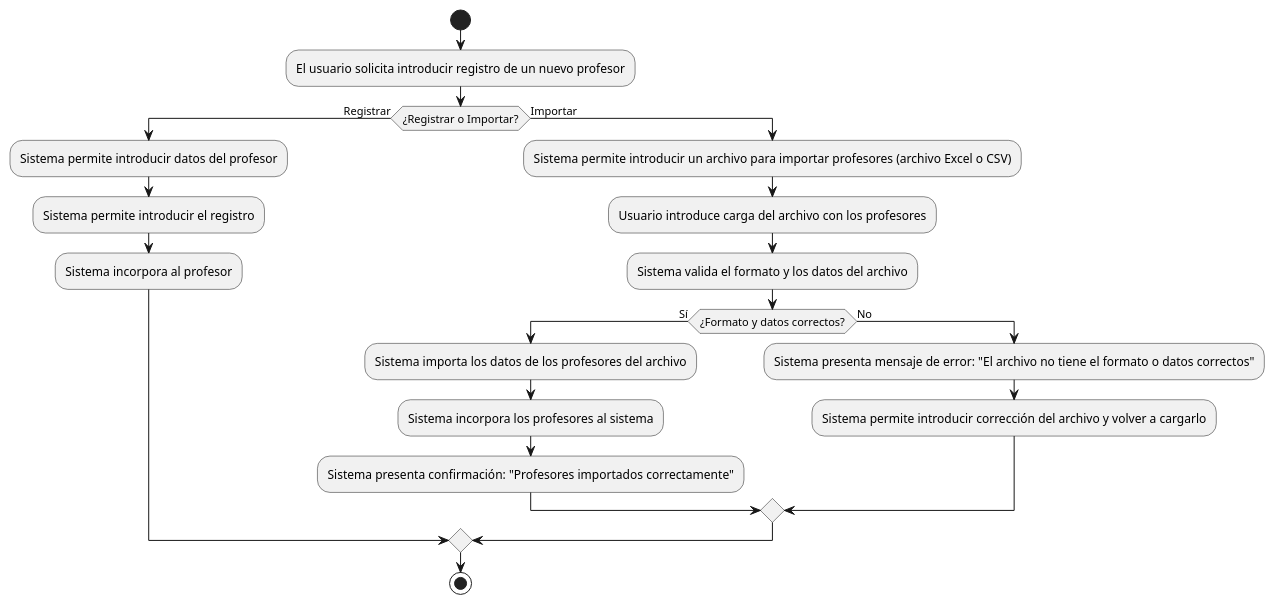
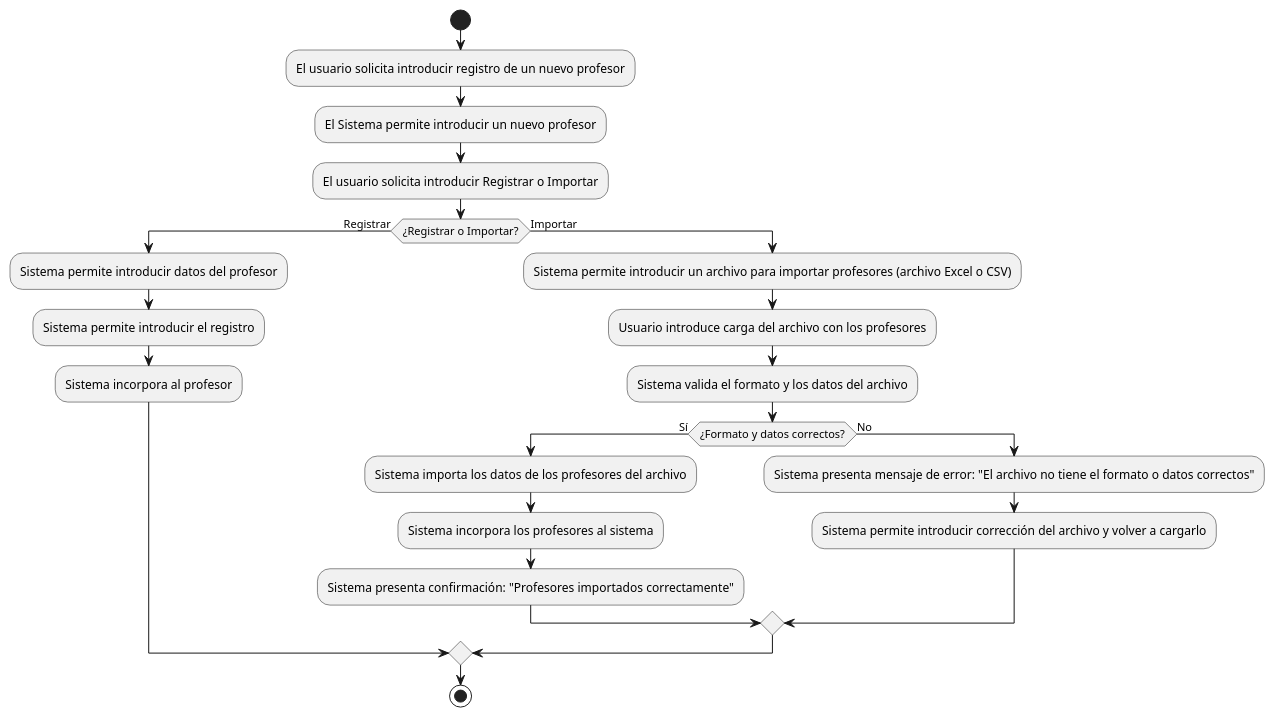
Before and after one commit to mmasias/24-25-IdSw1-SDR: the diagram in casosDeUso/plantUML/RegistrarProfesor.puml, drawn with PlantUML. The commit also changed 27 other files, not shown here.

Commit message:
Cambios a casos de uso y diagramas, cambios a Prototipos

```diff
--- a/casosDeUso/plantUML/RegistrarProfesor.puml
+++ b/casosDeUso/plantUML/RegistrarProfesor.puml
@@ -1,22 +1,24 @@
 @startuml
 start
 :El usuario solicita introducir registro de un nuevo profesor;
+:El Sistema permite introducir un nuevo profesor;
+:El usuario solicita introducir Registrar o Importar;
 if (¿Registrar o Importar?) then (Registrar)
   :Sistema permite introducir datos del profesor;
   :Sistema permite introducir el registro;
   :Sistema incorpora al profesor;
 else (Importar)
   :Sistema permite introducir un archivo para importar profesores (archivo Excel o CSV);
   :Usuario introduce carga del archivo con los profesores;
   :Sistema valida el formato y los datos del archivo;
   if (¿Formato y datos correctos?) then (Sí)
     :Sistema importa los datos de los profesores del archivo;
     :Sistema incorpora los profesores al sistema;
     :Sistema presenta confirmación: "Profesores importados correctamente";
   else (No)
     :Sistema presenta mensaje de error: "El archivo no tiene el formato o datos correctos";
     :Sistema permite introducir corrección del archivo y volver a cargarlo;
   endif
 endif
 stop
 @enduml
```
